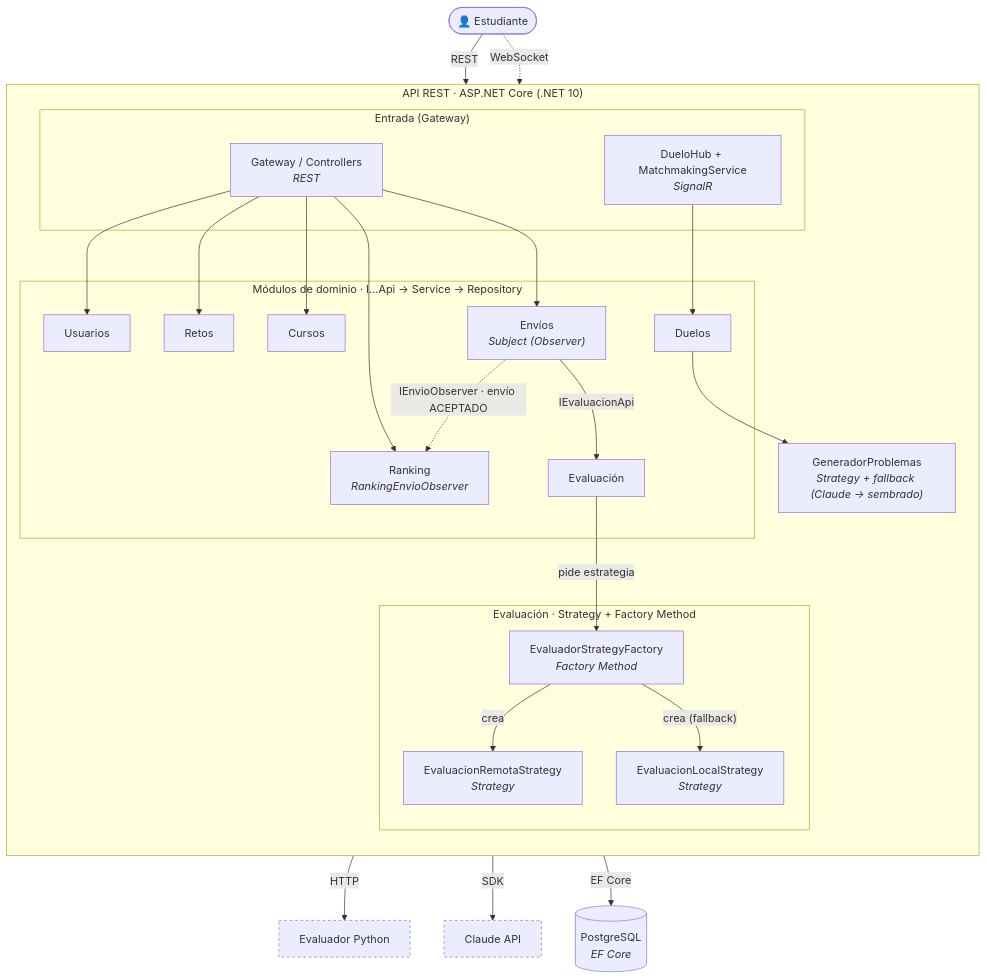
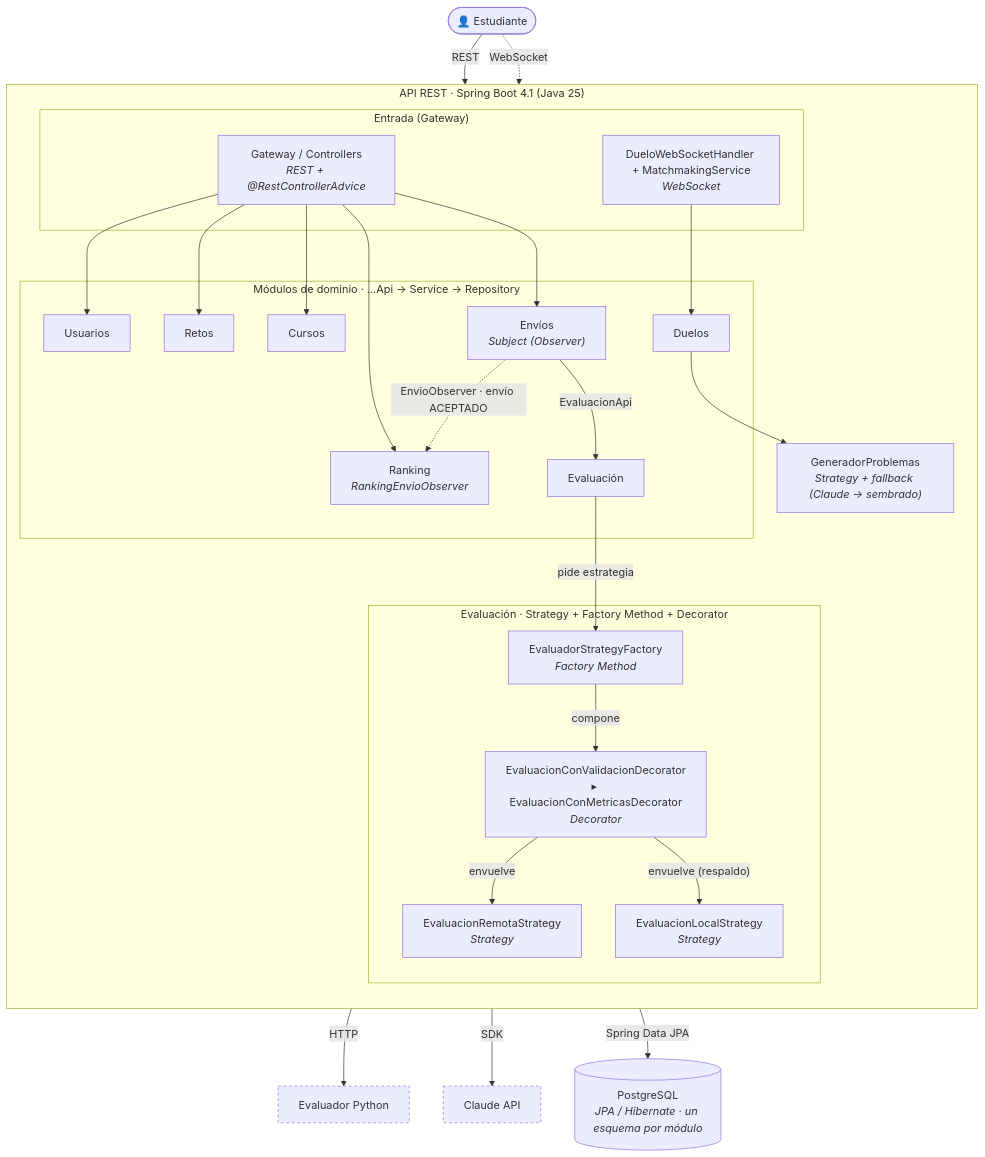
Before and after one commit to Cab5ter/CodeMX-: the third of 3 diagrams in README.md, drawn with Mermaid. The commit also changed other lines of this file, not shown here.

First line of the commit message:
docs: update README to the Spring Boot stack

````diff
--- a/README.md
+++ b/README.md
@@ -317,51 +351,53 @@
 ```mermaid
 flowchart TB
     est(["👤 Estudiante"])
 
-    subgraph api["API REST · ASP.NET Core (.NET 10)"]
+    subgraph api["API REST · Spring Boot 4.1 (Java 25)"]
         direction TB
         subgraph entrada["Entrada (Gateway)"]
-            gw["Gateway / Controllers<br/><i>REST</i>"]
-            hub["DueloHub + MatchmakingService<br/><i>SignalR</i>"]
+            gw["Gateway / Controllers<br/><i>REST + @RestControllerAdvice</i>"]
+            hub["DueloWebSocketHandler + MatchmakingService<br/><i>WebSocket</i>"]
         end
-        subgraph dominio["Módulos de dominio · I…Api → Service → Repository"]
+        subgraph dominio["Módulos de dominio · …Api → Service → Repository"]
             usuarios["Usuarios"]
             retos["Retos"]
             cursos["Cursos"]
             envios["Envíos<br/><i>Subject (Observer)</i>"]
             ranking["Ranking<br/><i>RankingEnvioObserver</i>"]
             duelos["Duelos"]
             eval["Evaluación"]
         end
-        subgraph patrones["Evaluación · Strategy + Factory Method"]
+        subgraph patrones["Evaluación · Strategy + Factory Method + Decorator"]
             factory["EvaluadorStrategyFactory<br/><i>Factory Method</i>"]
+            deco["EvaluacionConValidacionDecorator<br/>▸ EvaluacionConMetricasDecorator<br/><i>Decorator</i>"]
             stratR["EvaluacionRemotaStrategy<br/><i>Strategy</i>"]
             stratL["EvaluacionLocalStrategy<br/><i>Strategy</i>"]
         end
         gen["GeneradorProblemas<br/><i>Strategy + fallback (Claude → sembrado)</i>"]
     end
 
-    db[("PostgreSQL<br/><i>EF Core</i>")]
+    db[("PostgreSQL<br/><i>JPA / Hibernate · un esquema por módulo</i>")]
     pyeval["Evaluador Python"]
     claude["Claude API"]
 
     est -->|"REST"| gw
     est -.->|"WebSocket"| hub
 
     gw --> usuarios & retos & cursos & envios & ranking
     hub --> duelos
 
-    envios -->|"IEvaluacionApi"| eval
-    envios -.->|"IEnvioObserver · envío ACEPTADO"| ranking
+    envios -->|"EvaluacionApi"| eval
+    envios -.->|"EnvioObserver · envío ACEPTADO"| ranking
     eval -->|"pide estrategia"| factory
-    factory -->|"crea"| stratR
-    factory -->|"crea (fallback)"| stratL
+    factory -->|"compone"| deco
+    deco -->|"envuelve"| stratR
+    deco -->|"envuelve (respaldo)"| stratL
     stratR -->|"HTTP"| pyeval
     duelos --> gen
     gen -->|"SDK"| claude
 
-    dominio -->|"EF Core"| db
+    dominio -->|"Spring Data JPA"| db
 
     classDef ext stroke-dasharray:4 4;
     class pyeval,claude ext;
 ```
````
